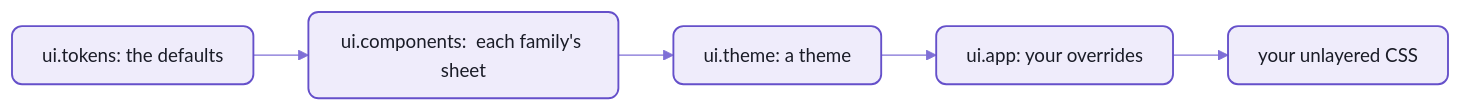
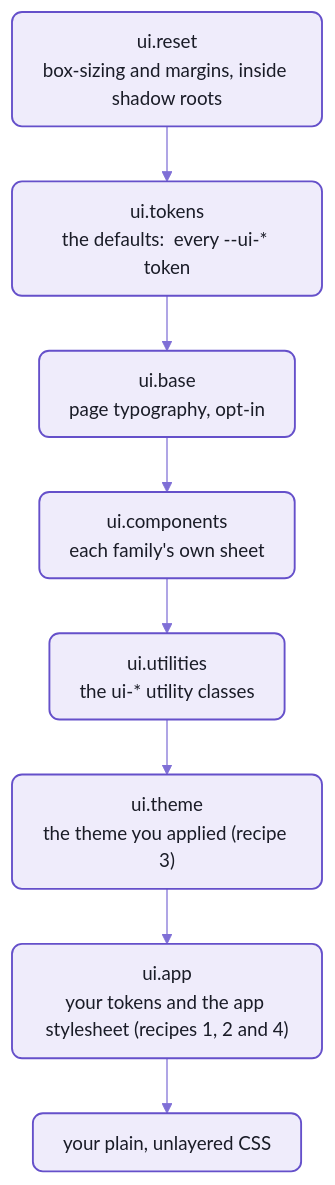
The diagram in ui/README-themes.md (spell-app/spell), drawn with Mermaid before and after one commit. The commit also changed other lines of this file and 9 other files, not shown here.

````diff
--- a/ui/README-themes.md
+++ b/ui/README-themes.md
@@ -11,10 +57,15 @@
 ```mermaid
 %%{init: {"theme":"base","themeVariables":{"fontFamily":"-apple-system, BlinkMacSystemFont, Segoe UI, Helvetica, Arial, sans-serif","fontSize":"15px","primaryColor":"#EFECFB","primaryBorderColor":"#6550CA","primaryTextColor":"#1A1C27","secondaryColor":"#F4F1E9","tertiaryColor":"#F7F6FC","lineColor":"#7F6FD6","textColor":"#7F6FD6","clusterBkg":"#F7F6FC","clusterBorder":"#B9B0E8","titleColor":"#1A1C27","edgeLabelBackground":"#F7F6FC","actorBkg":"#EFECFB","actorBorder":"#6550CA","actorTextColor":"#1A1C27","actorLineColor":"#9C90DE","signalColor":"#7F6FD6","signalTextColor":"#7F6FD6","labelBoxBkgColor":"#EFECFB","labelBoxBorderColor":"#6550CA","labelTextColor":"#1A1C27","loopTextColor":"#7F6FD6","noteBkgColor":"#F1E7D4","noteBorderColor":"#C9B48A","noteTextColor":"#1A1C27","activationBkgColor":"#DCD6F7","activationBorderColor":"#6550CA","sequenceNumberColor":"#FFFFFF"},"flowchart":{"curve":"basis","padding":12,"nodeSpacing":40,"rankSpacing":44}}}%%
-flowchart LR
-  tokens["ui.tokens:  the defaults"] --> components["ui.components:  each family's sheet"]
-  components --> theme["ui.theme:  a theme"]
-  theme --> app["ui.app:  your overrides"]
-  app --> page["your unlayered CSS"]
+flowchart TB
+  reset["ui.reset<br/>box-sizing and margins, inside shadow roots"]
+  tokens["ui.tokens<br/>the defaults:  every --ui-* token"]
+  base["ui.base<br/>page typography, opt-in"]
+  components["ui.components<br/>each family's own sheet"]
+  utilities["ui.utilities<br/>the ui-* utility classes"]
+  theme["ui.theme<br/>the theme you applied (recipe 3)"]
+  app["ui.app<br/>your tokens and the app stylesheet (recipes 1, 2 and 4)"]
+  page["your plain, unlayered CSS"]
+  reset --> tokens --> base --> components --> utilities --> theme --> app --> page
   %% the Spell look:  yarn mermaid:pretty
   classDef default fill:#EFECFB,stroke:#6550CA,stroke-width:1.5px,color:#1A1C27,rx:8px,ry:8px
 ```
````
